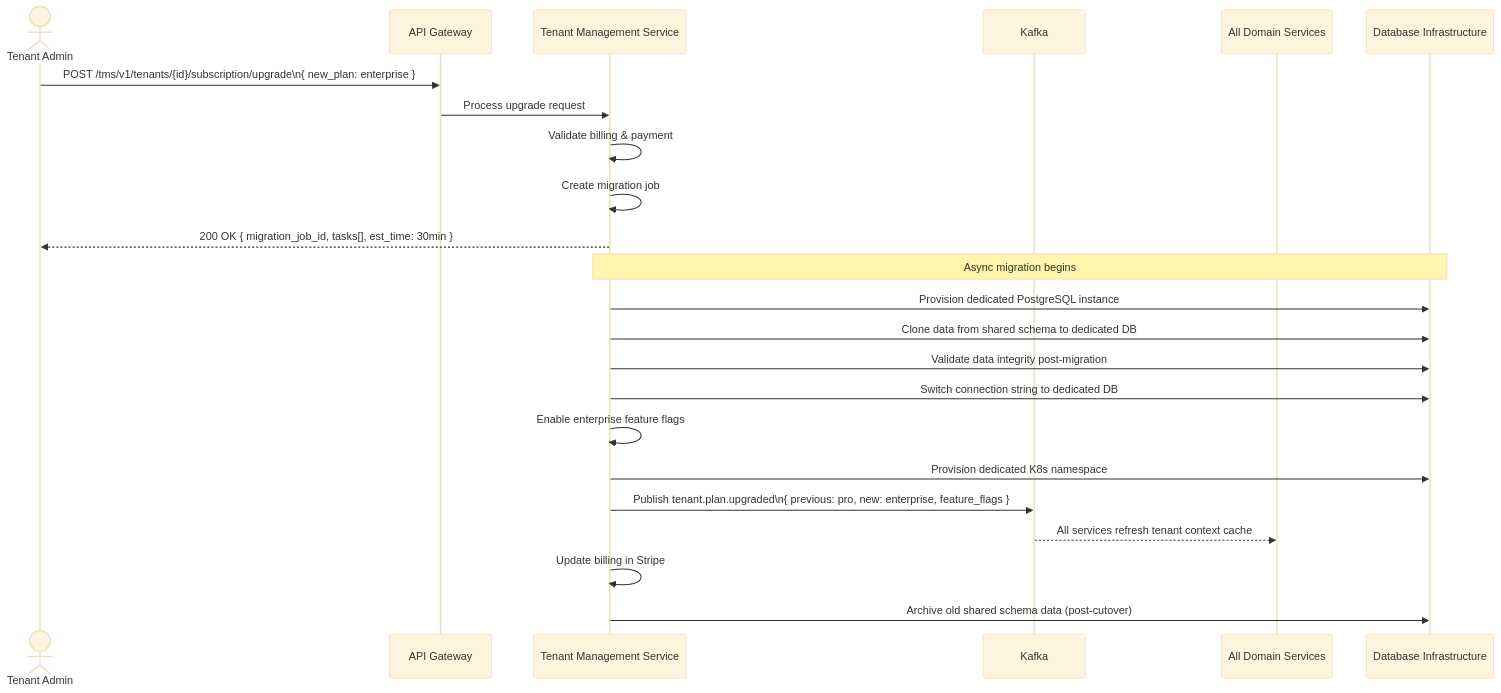
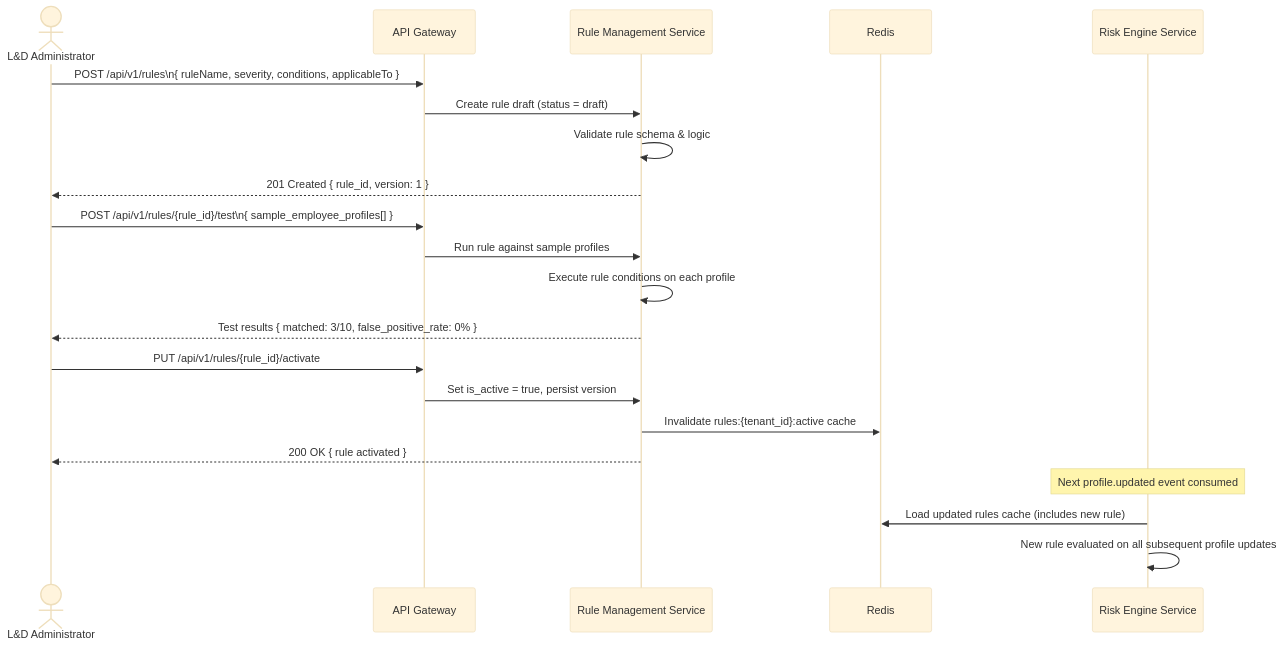
The seventh of 9 diagrams in L-D/.sasva/overview/03-technical-flows.md (taarak18/propeller), drawn with Mermaid (base theme) before and after one commit. The commit also changed other lines of this file and 6 other files, not shown here.

````diff
--- a/L-D/.sasva/overview/03-technical-flows.md
+++ b/L-D/.sasva/overview/03-technical-flows.md
@@ -220,27 +228,27 @@
 ```mermaid
 sequenceDiagram
-    actor Admin as Tenant Admin
+    actor LDAdmin as L&D Administrator
     participant GW as API Gateway
-    participant TMS as Tenant Management Service
-    participant KAFKA as Kafka
-    participant ALL as All Domain Services
-    participant DB as Database Infrastructure
+    participant RULE as Rule Management Service
+    participant REDIS as Redis
+    participant RISK as Risk Engine Service
 
-    Admin->>GW: POST /tms/v1/tenants/{id}/subscription/upgrade\n{ new_plan: enterprise }
-    GW->>TMS: Process upgrade request
-    TMS->>TMS: Validate billing & payment
-    TMS->>TMS: Create migration job
-    TMS-->>Admin: 200 OK { migration_job_id, tasks[], est_time: 30min }
+    LDAdmin->>GW: POST /api/v1/rules\n{ ruleName, severity, conditions, applicableTo }
+    GW->>RULE: Create rule draft (status = draft)
+    RULE->>RULE: Validate rule schema & logic
+    RULE-->>LDAdmin: 201 Created { rule_id, version: 1 }
 
-    Note over TMS,DB: Async migration begins
-    TMS->>DB: Provision dedicated PostgreSQL instance
-    TMS->>DB: Clone data from shared schema to dedicated DB
-    TMS->>DB: Validate data integrity post-migration
-    TMS->>DB: Switch connection string to dedicated DB
-    TMS->>TMS: Enable enterprise feature flags
-    TMS->>DB: Provision dedicated K8s namespace
-    TMS->>KAFKA: Publish tenant.plan.upgraded\n{ previous: pro, new: enterprise, feature_flags }
-    KAFKA-->>ALL: All services refresh tenant context cache
-    TMS->>TMS: Update billing in Stripe
-    TMS->>DB: Archive old shared schema data (post-cutover)
+    LDAdmin->>GW: POST /api/v1/rules/{rule_id}/test\n{ sample_employee_profiles[] }
+    GW->>RULE: Run rule against sample profiles
+    RULE->>RULE: Execute rule conditions on each profile
+    RULE-->>LDAdmin: Test results { matched: 3/10, false_positive_rate: 0% }
+
+    LDAdmin->>GW: PUT /api/v1/rules/{rule_id}/activate
+    GW->>RULE: Set is_active = true, persist version
+    RULE->>REDIS: Invalidate rules:{tenant_id}:active cache
+    RULE-->>LDAdmin: 200 OK { rule activated }
+
+    Note over RISK: Next profile.updated event consumed
+    RISK->>REDIS: Load updated rules cache (includes new rule)
+    RISK->>RISK: New rule evaluated on all subsequent profile updates
 ```
````
